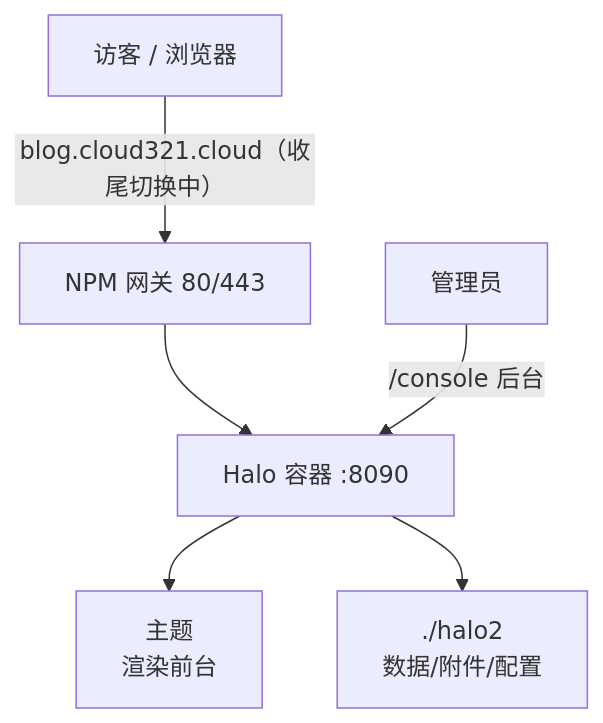
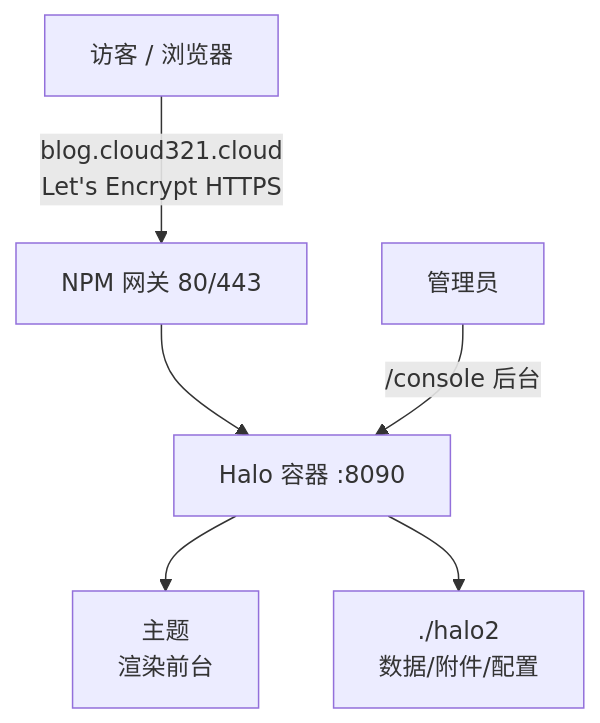
The diagram in 09 Halo博客部署.md (10code2/MyCloud-Vault), drawn with Mermaid before and after one commit. The commit also changed other lines of this file and 13 other files, not shown here.

````diff
--- a/09 Halo博客部署.md
+++ b/09 Halo博客部署.md
@@ -20,8 +20,8 @@
 ```mermaid
 flowchart TD
-    Visitor[访客 / 浏览器] -->|blog.cloud321.cloud（收尾切换中）| NPM[NPM 网关 80/443]
+    Visitor[访客 / 浏览器] -->|blog.cloud321.cloud<br/>Let's Encrypt HTTPS| NPM[NPM 网关 80/443]
     NPM --> Halo[Halo 容器 :8090]
     Admin[管理员] -->|/console 后台| Halo
     Halo --> Theme[主题<br/>渲染前台]
     Halo --> Data[./halo2<br/>数据/附件/配置]
 ```
````
